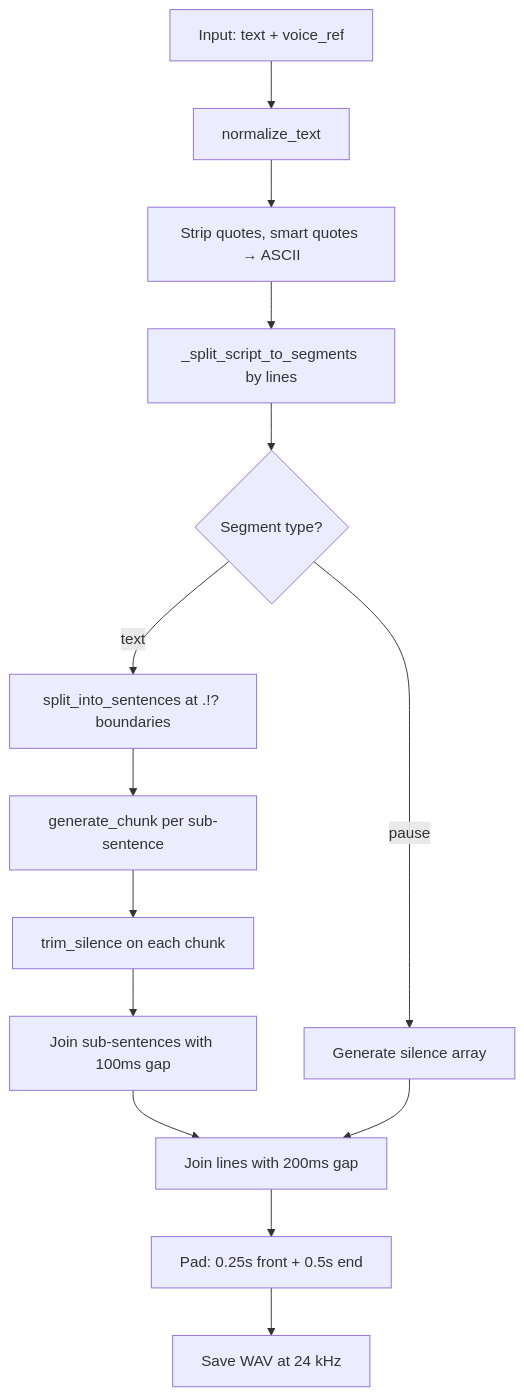
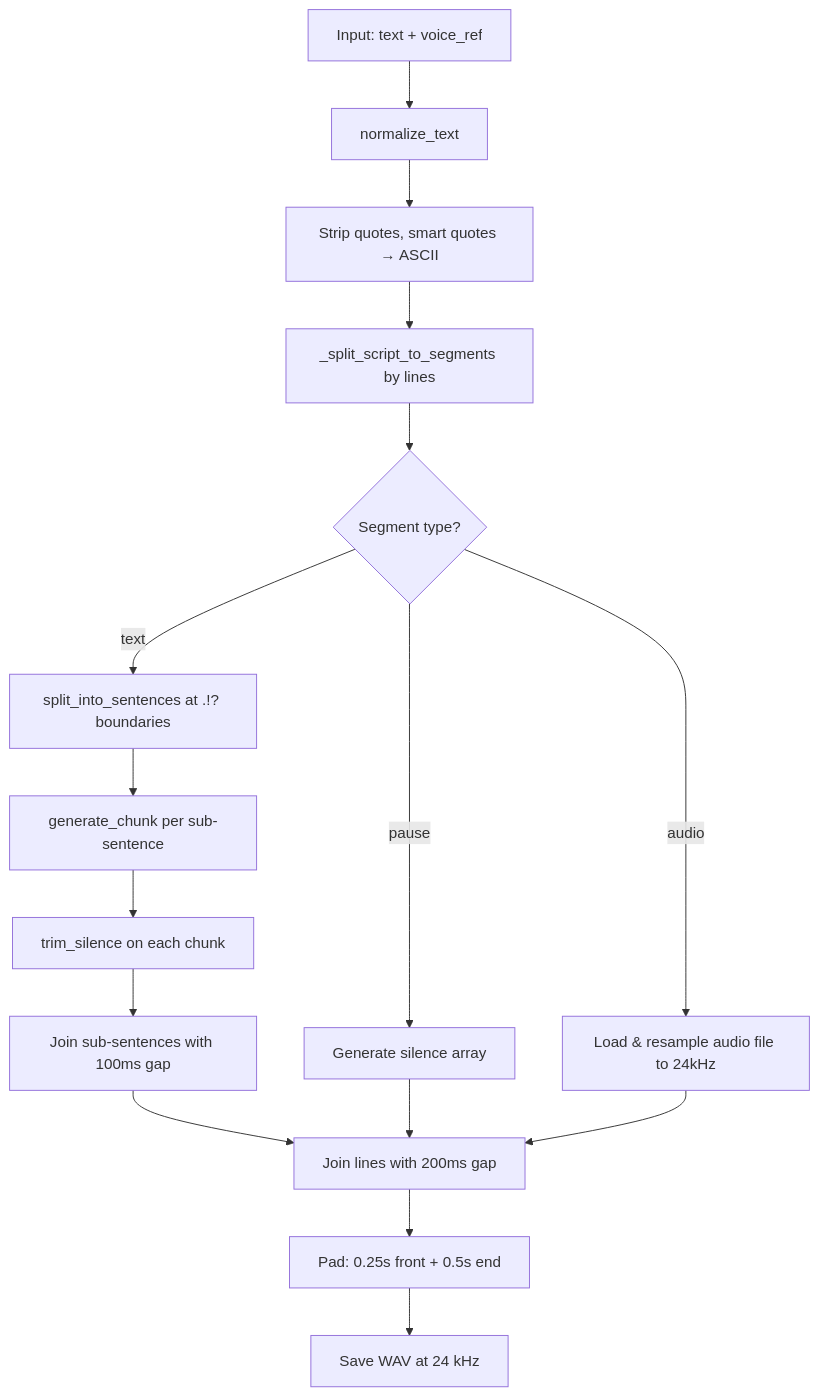
One commit to garystorey/zimbra changed the fourth of 16 diagrams in docs/tdd.md. Above: the diagram before and after it, drawn with Mermaid. The commit also changed other lines of this file and 9 other files, not shown here.

````diff
--- a/docs/tdd.md
+++ b/docs/tdd.md
@@ -137,16 +137,18 @@
 ```mermaid
 flowchart TD
     A[Input: text + voice_ref] --> B[normalize_text]
     B --> B2["Strip quotes, smart quotes → ASCII"]
     B2 --> C[_split_script_to_segments by lines]
     C --> D{Segment type?}
     D -->|text| E[split_into_sentences at .!? boundaries]
     D -->|pause| F[Generate silence array]
+    D -->|audio| F2["Load & resample audio file to 24kHz"]
     E --> G[generate_chunk per sub-sentence]
     G --> G2[trim_silence on each chunk]
     G2 --> H[Join sub-sentences with 100ms gap]
     H --> I[Join lines with 200ms gap]
     F --> I
+    F2 --> I
     I --> J[Pad: 0.25s front + 0.5s end]
     J --> K[Save WAV at 24 kHz]
 ```
````
